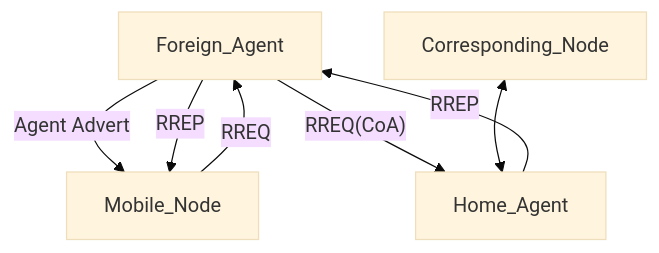
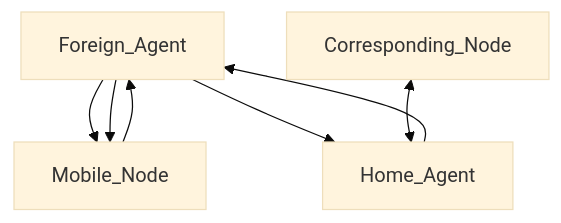
Before and after one commit to juakali-networks/mip: the diagram in README.md, drawn with Mermaid (base theme).

Commit message:
Added diagram to ReadMe

````diff
--- a/README.md
+++ b/README.md
@@ -26,9 +26,9 @@
 ```mermaid
 graph TD;
-    Foreign_Agent--Agent Advert-->Mobile_Node;
-    Mobile_Node--RREQ-->Foreign_Agent;
-    Foreign_Agent--RREQ(CoA)-->Home_Agent;
-    Home_Agent--RREP-->Foreign_Agent;
+    Foreign_Agent-->Mobile_Node;
+    Mobile_Node-->Foreign_Agent;
+    Foreign_Agent-->Home_Agent;
+    Home_Agent-->Foreign_Agent;
     Corresponding_Node<-->Home_Agent;
-    Foreign_Agent--RREP-->Mobile_Node;
+    Foreign_Agent-->Mobile_Node;
 ```
````
